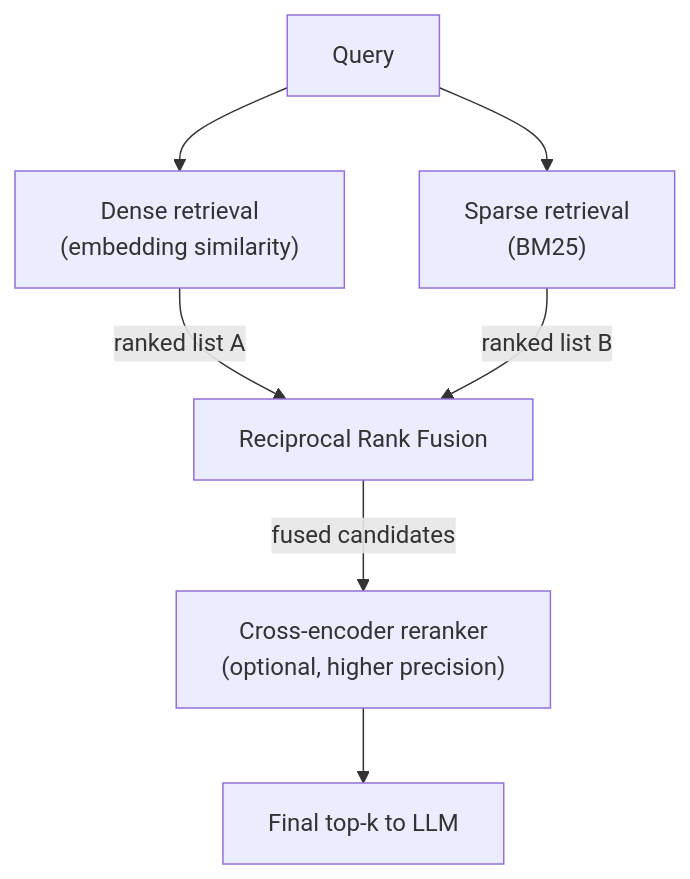
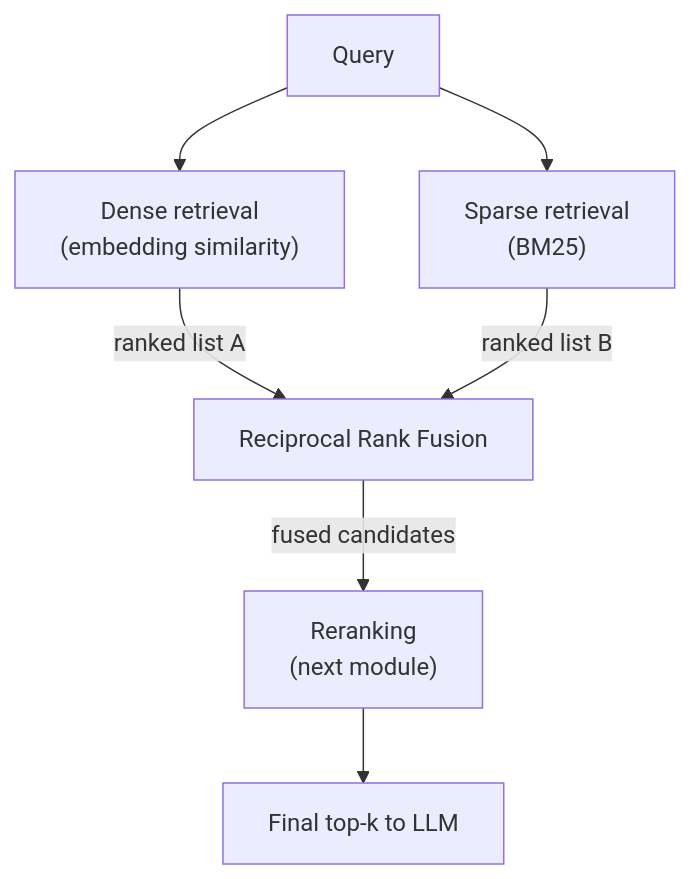
Before and after one commit to BiswajeetRaut/genai_notes: the diagram in part-2-advanced-engineering/04-advanced-production-rag/03-hybrid-search/README.md, drawn with Mermaid. The commit also changed other lines of this file and 6 other files, not shown here.

First line of the commit message:
Add dedicated Reranking module (4f) to Advanced Production RAG

````diff
--- a/part-2-advanced-engineering/04-advanced-production-rag/03-hybrid-search/README.md
+++ b/part-2-advanced-engineering/04-advanced-production-rag/03-hybrid-search/README.md
@@ -58,9 +56,9 @@
 ```mermaid
 flowchart TD
     Q[Query] --> Dense["Dense retrieval\n(embedding similarity)"]
     Q --> Sparse["Sparse retrieval\n(BM25)"]
     Dense -->|ranked list A| Fuse["Reciprocal Rank Fusion"]
     Sparse -->|ranked list B| Fuse
-    Fuse -->|fused candidates| Rerank["Cross-encoder reranker\n(optional, higher precision)"]
+    Fuse -->|fused candidates| Rerank["Reranking\n(next module)"]
     Rerank --> Final[Final top-k to LLM]
 ```
````
